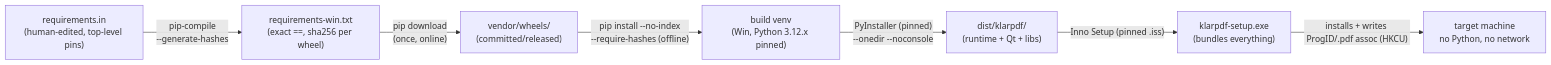
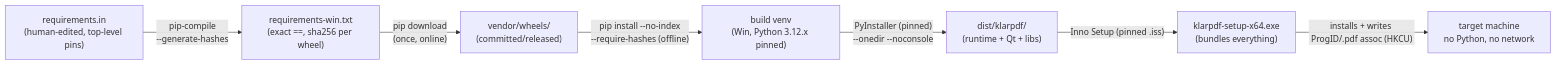
The diagram in PLAN.md (utyagi24/klarpdf), drawn with Mermaid before and after one commit. The commit also changed other lines of this file and 8 other files, not shown here.

````diff
--- a/PLAN.md
+++ b/PLAN.md
@@ -201,9 +201,9 @@
 ```mermaid
 flowchart LR
   A["requirements.in<br/>(human-edited, top-level pins)"] -->|"pip-compile<br/>--generate-hashes"| B["requirements-win.txt<br/>(exact ==, sha256 per wheel)"]
   B -->|"pip download<br/>(once, online)"| C["vendor/wheels/<br/>(committed/released)"]
   C -->|"pip install --no-index<br/>--require-hashes (offline)"| D["build venv<br/>(Win, Python 3.12.x pinned)"]
   D -->|"PyInstaller (pinned)<br/>--onedir --noconsole"| E["dist/klarpdf/<br/>(runtime + Qt + libs)"]
-  E -->|"Inno Setup (pinned .iss)"| F["klarpdf-setup.exe<br/>(bundles everything)"]
+  E -->|"Inno Setup (pinned .iss)"| F["klarpdf-setup-x64.exe<br/>(bundles everything)"]
   F -->|"installs + writes ProgID/.pdf assoc (HKCU)"| G["target machine<br/>no Python, no network"]
 ```
````
